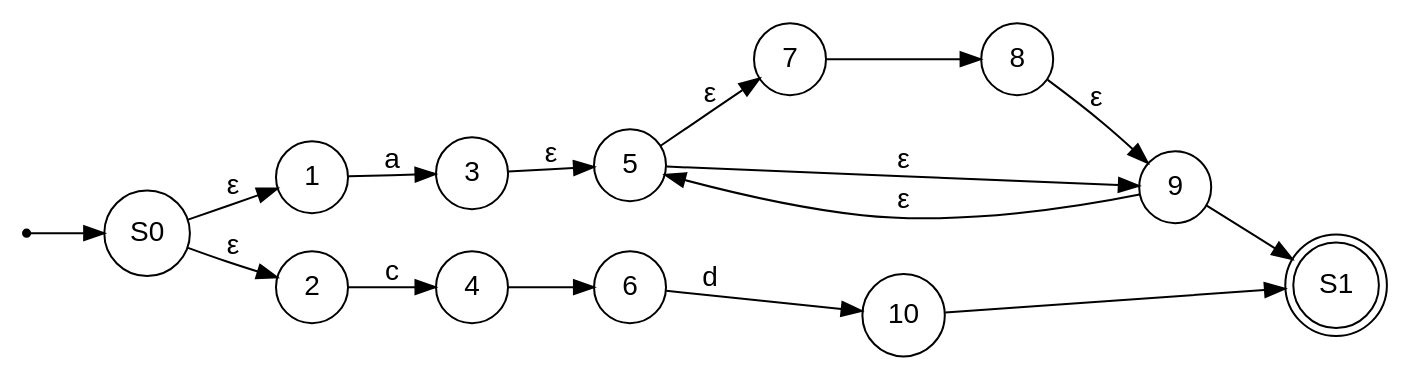
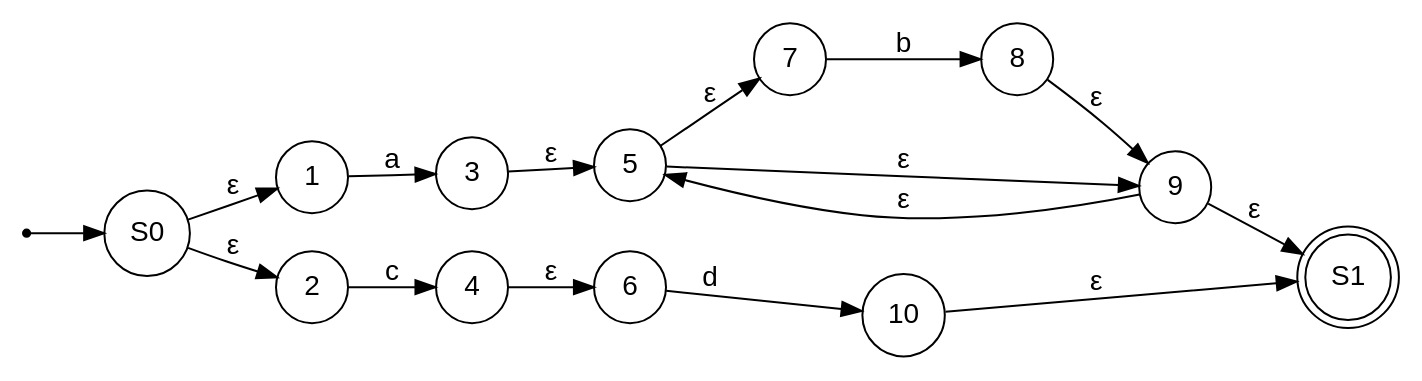
The diagram in nfa2dfa/nfa7.dot (anwarmamat/cmsc330spring2024), drawn with Graphviz before and after one commit. The commit also changed 1 other file, not shown here.

```diff
--- a/nfa2dfa/nfa7.dot
+++ b/nfa2dfa/nfa7.dot
@@ -1,24 +1,24 @@
 digraph nfa7 {
 	fontname="Helvetica,Arial,sans-serif"
 	node [fontname="Helvetica,Arial,sans-serif"]
 	edge [fontname="Helvetica,Arial,sans-serif"]
 	rankdir=LR;
     ordering="in"
 	node [shape = doublecircle] ;"S1"
     node [shape=point]ENTRY;
     node [shape = circle];
 	ENTRY->"S0"
 	"S0" -> 1 [label = "ε"];
     "S0" -> 2 [label = "ε"];
     1 -> 3 [label = "a"];
     2 -> 4 [label = "c"];
     3 -> 5 [label = "ε"];
-    {4 -> 6; 5 -> 7 [label = "ε"]}
-    {7 -> 8 ; 6 -> 10 [label = "d"];}
+    {4 -> 6 [label = "ε"]; 5 -> 7[label = "ε"]} 
+    {7 -> 8  [label = "b"] ;6 -> 10 [label = "d"]} 
     8 -> 9 [label = "ε"];
     5 -> 9 [label = "ε"];
     9 -> 5 [label = "ε"];
-    {9 ->"S1"; 10 -> "S1"} [label = "ε"];
+    {9 ->"S1"[label = "ε"]; 10 -> "S1"[label = "ε"]}
     {rand=same 9,10;}
     
 }
```
